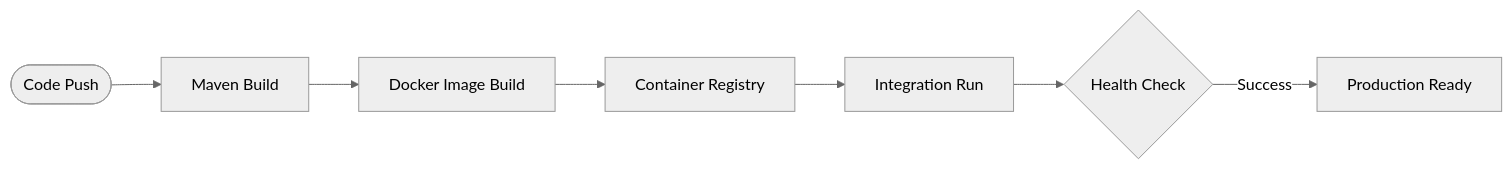
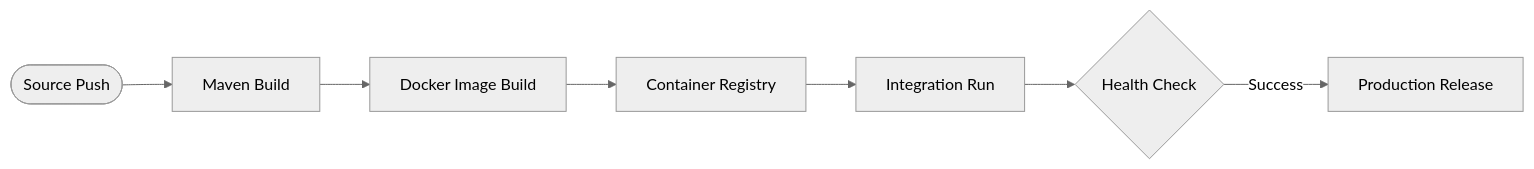
One commit to 01Sachinc/java-fullstack-devops-app changed the second of 2 diagrams in README.md. Above: the diagram before and after it, drawn with Mermaid (neutral theme). The commit also changed other lines of this file, not shown here.

Commit message:
feat: final code cleanup, premium readme update, and local verification

````diff
--- a/README.md
+++ b/README.md
@@ -34,9 +34,9 @@
 ```mermaid
 graph LR
-    Commit([Code Push]) --> Build[Maven Build]
+    Commit([Source Push]) --> Build[Maven Build]
     Build --> Docker[Docker Image Build]
     Docker --> Registry[Container Registry]
     Registry --> Test[Integration Run]
     Test --> Healthy{Health Check}
-    Healthy -->|Success| Live[Production Ready]
+    Healthy -->|Success| Product[Production Release]
 ```
````
